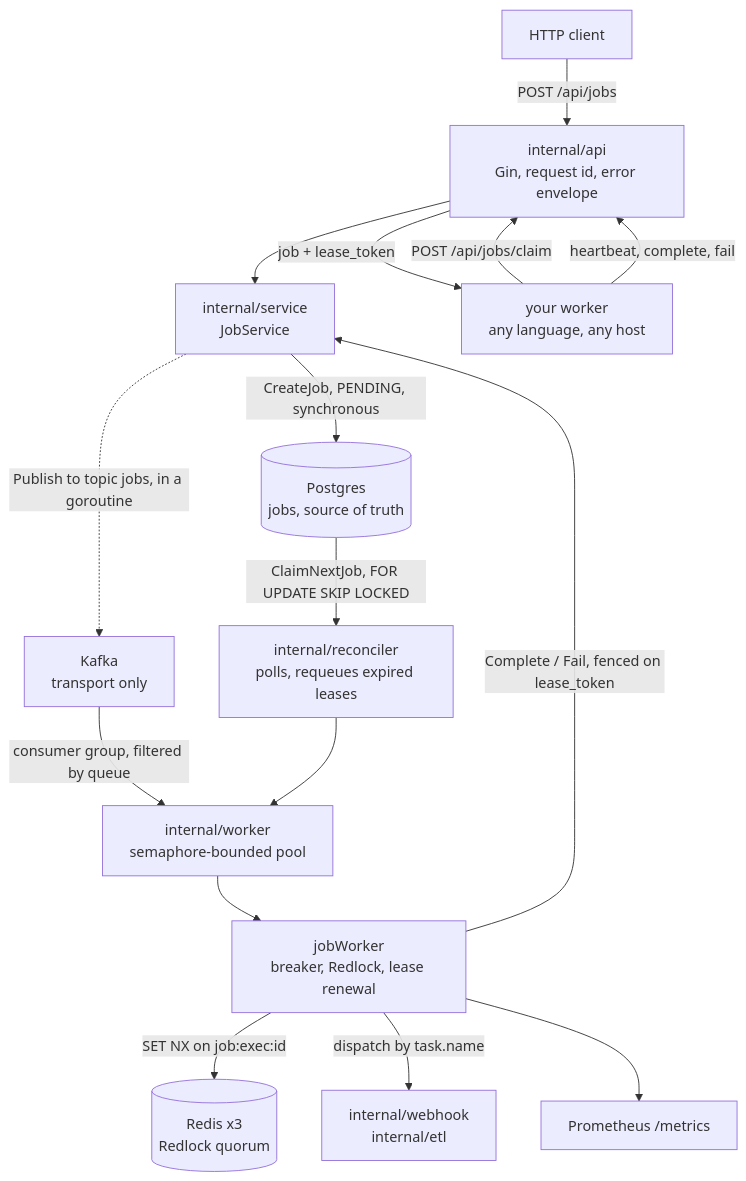
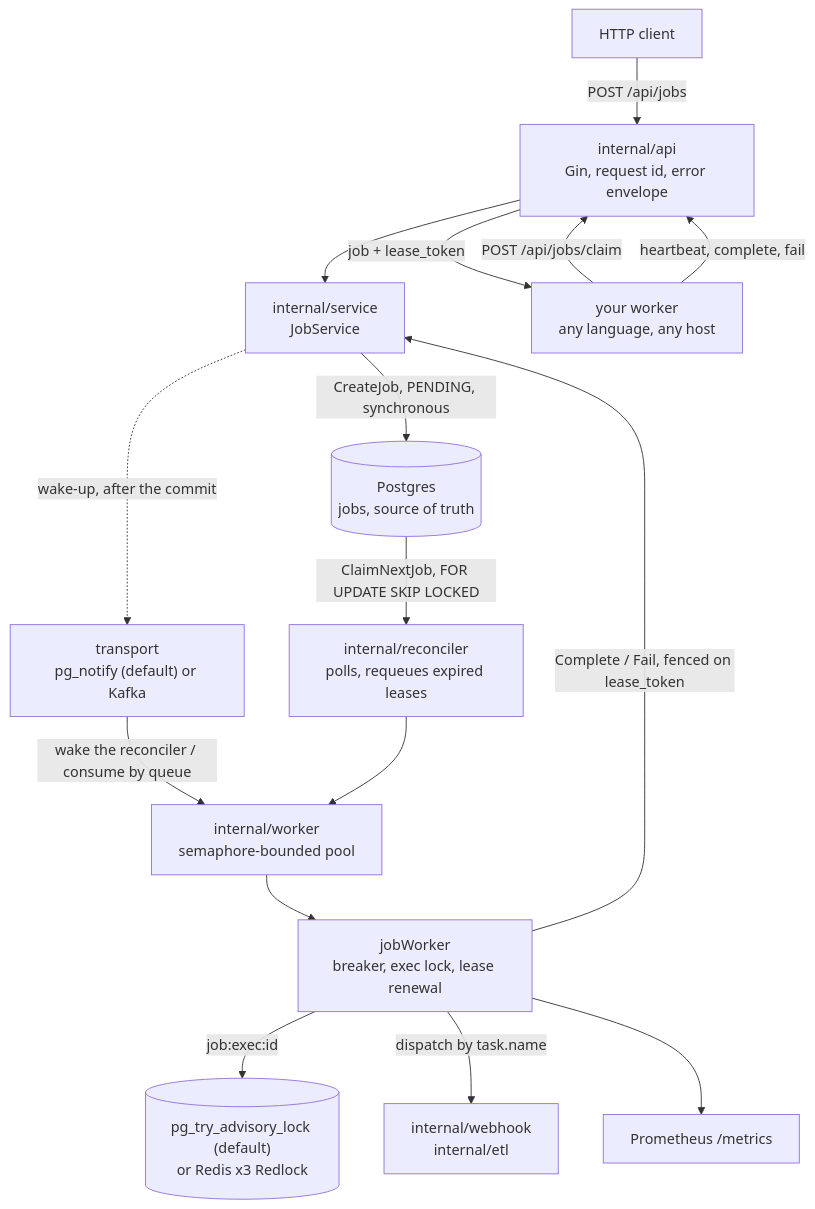
Before and after one commit to JustinK33/Conduit: the diagram in README.md, drawn with Mermaid. The commit also changed other lines of this file and 26 other files, not shown here.

````diff
--- a/README.md
+++ b/README.md
@@ -31,18 +35,18 @@
 ```mermaid
 flowchart TD
     client["HTTP client"] -->|"POST /api/jobs"| api["internal/api<br/>Gin, request id, error envelope"]
     api --> svc["internal/service<br/>JobService"]
     svc -->|"CreateJob, PENDING, synchronous"| pg[("Postgres<br/>jobs, source of truth")]
-    svc -.->|"Publish to topic jobs, in a goroutine"| kafka["Kafka<br/>transport only"]
-    kafka -->|"consumer group, filtered by queue"| pool["internal/worker<br/>semaphore-bounded pool"]
+    svc -.->|"wake-up, after the commit"| transport["transport<br/>pg_notify (default) or Kafka"]
+    transport -->|"wake the reconciler / consume by queue"| pool["internal/worker<br/>semaphore-bounded pool"]
     pg -->|"ClaimNextJob, FOR UPDATE SKIP LOCKED"| recon["internal/reconciler<br/>polls, requeues expired leases"]
     recon --> pool
-    pool --> jw["jobWorker<br/>breaker, Redlock, lease renewal"]
-    jw -->|"SET NX on job:exec:id"| redis[("Redis x3<br/>Redlock quorum")]
+    pool --> jw["jobWorker<br/>breaker, exec lock, lease renewal"]
+    jw -->|"job:exec:id"| locker[("pg_try_advisory_lock (default)<br/>or Redis x3 Redlock")]
     jw -->|"dispatch by task.name"| handlers["internal/webhook<br/>internal/etl"]
     jw -->|"Complete / Fail, fenced on lease_token"| svc
     remote["your worker<br/>any language, any host"] -->|"POST /api/jobs/claim"| api
     api -->|"job + lease_token"| remote
     remote -->|"heartbeat, complete, fail"| api
     jw --> prom["Prometheus /metrics"]
 ```
````
